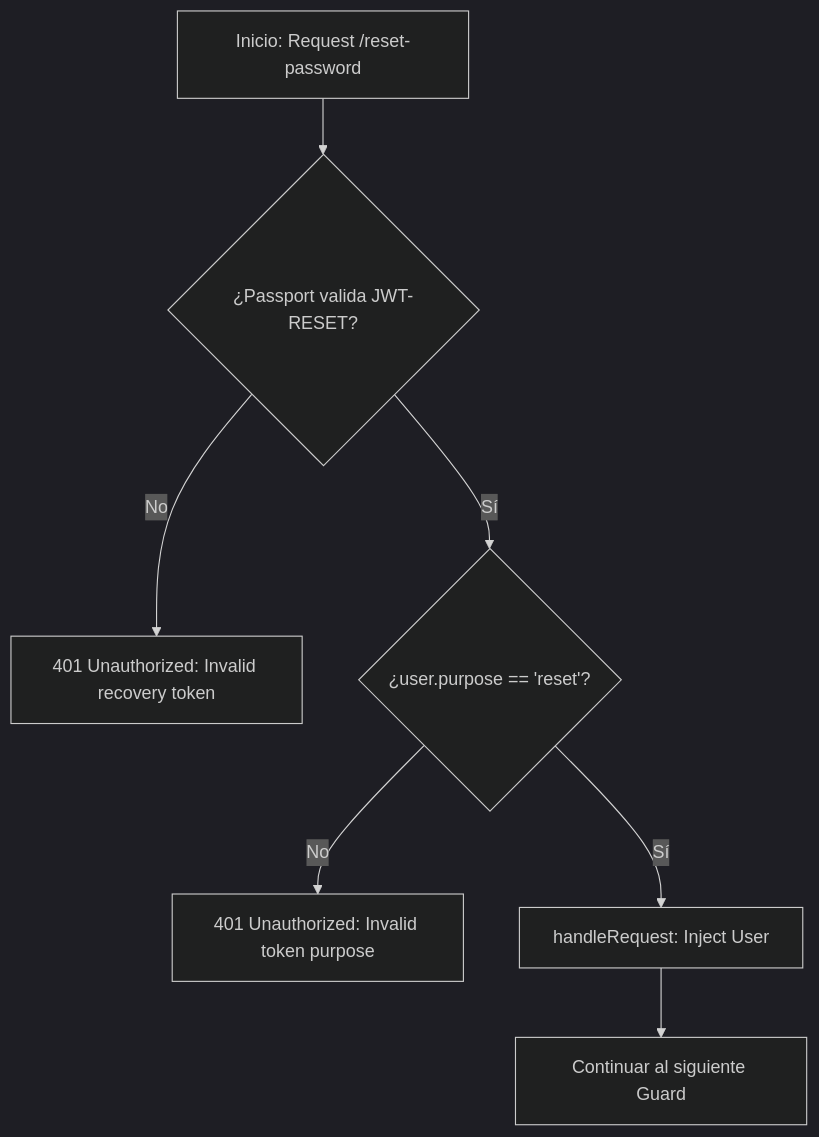
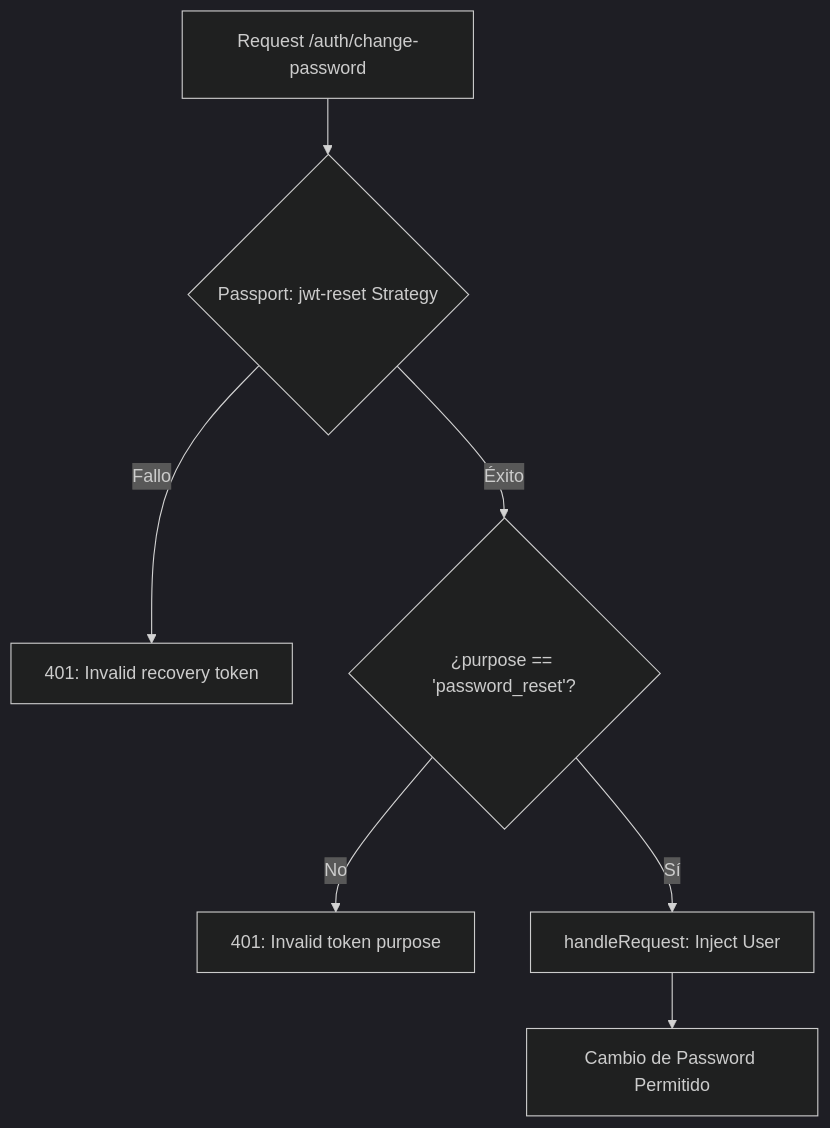
The diagram in docs/password-reset.md (freddyhcode/nestjs-auth-boilerplate), drawn with Mermaid (dark theme) before and after one commit. The commit also changed 1 other file, not shown here.

Commit message:
docs: restructure technical documentation

````diff
--- a/docs/password-reset.md
+++ b/docs/password-reset.md
@@ -3,9 +3,9 @@
 ```mermaid
 flowchart TD
-    A[Inicio: Request /reset-password] --> B{¿Passport valida JWT-RESET?}
-    B -- No --> C["401 Unauthorized: Invalid recovery token"]
-    B -- Sí --> D{"¿user.purpose == 'reset'?"}
-    D -- No --> E["401 Unauthorized: Invalid token purpose"]
+    A[Request /auth/change-password] --> B{Passport: jwt-reset Strategy}
+    B -- Fallo --> C[401: Invalid recovery token]
+    B -- Éxito --> D{¿purpose == 'password_reset'?}
+    D -- No --> E[401: Invalid token purpose]
     D -- Sí --> F[handleRequest: Inject User]
-    F --> G[Continuar al siguiente Guard]
+    F --> G[Cambio de Password Permitido]
 ```
````
